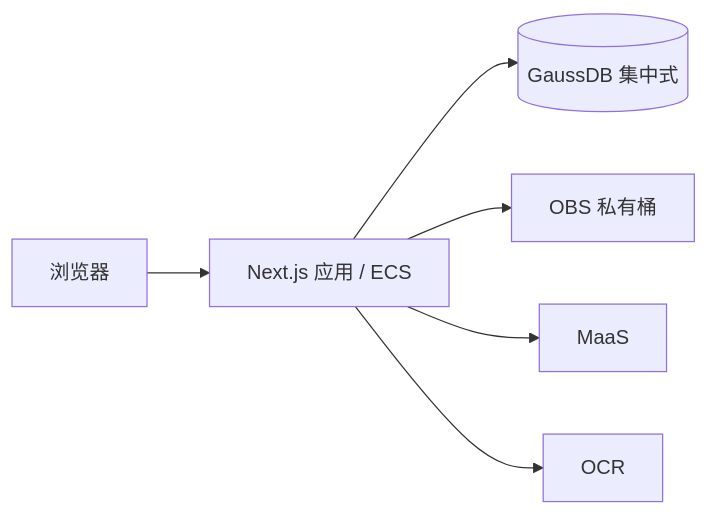
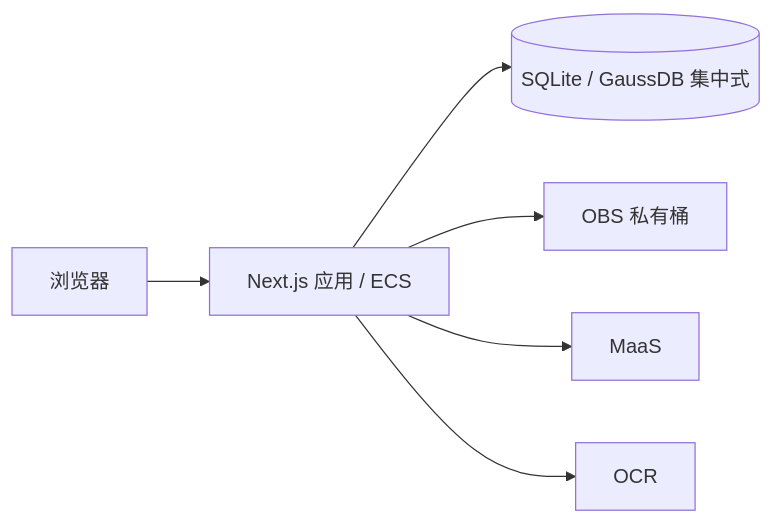
The diagram in spec/00-overview.md (alaala-daka/EquiLens), drawn with Mermaid before and after one commit. The commit also changed other lines of this file and 44 other files, not shown here.

Commit message:
feat: add SQLite and GaussDB document storage

````diff
--- a/spec/00-overview.md
+++ b/spec/00-overview.md
@@ -23,8 +23,8 @@
 ```mermaid
 flowchart LR
     Browser[浏览器] --> App[Next.js 应用 / ECS]
-    App --> DB[(GaussDB 集中式)]
+    App --> DB[(SQLite / GaussDB 集中式)]
     App --> OBS[OBS 私有桶]
     App --> MaaS[MaaS]
     App --> OCR[OCR]
 ```
````
